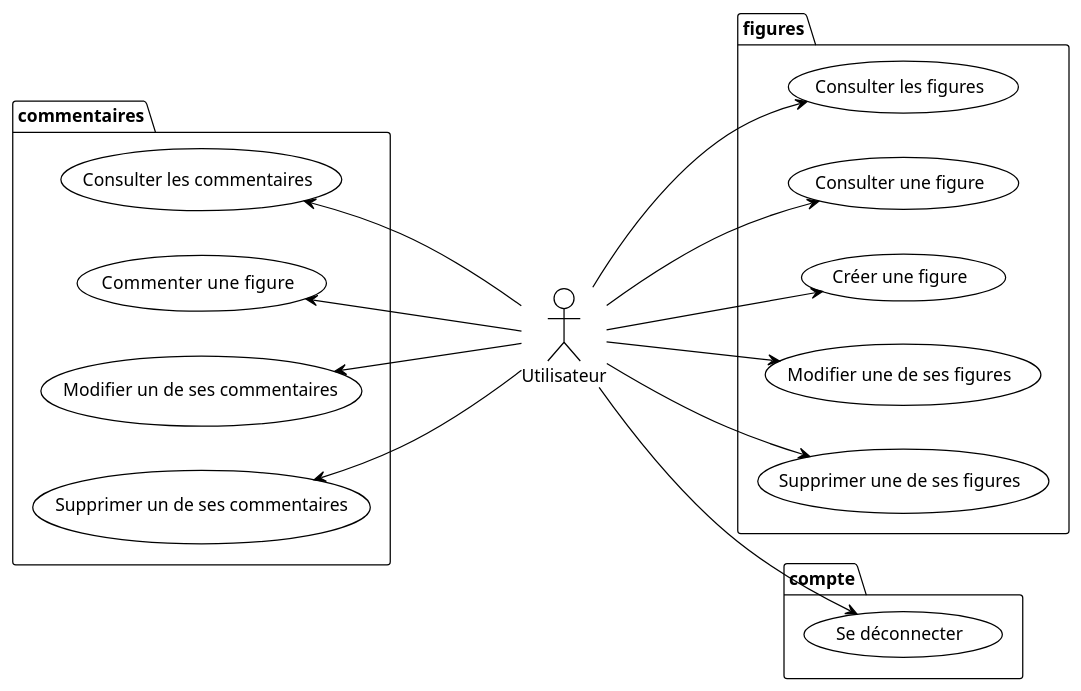
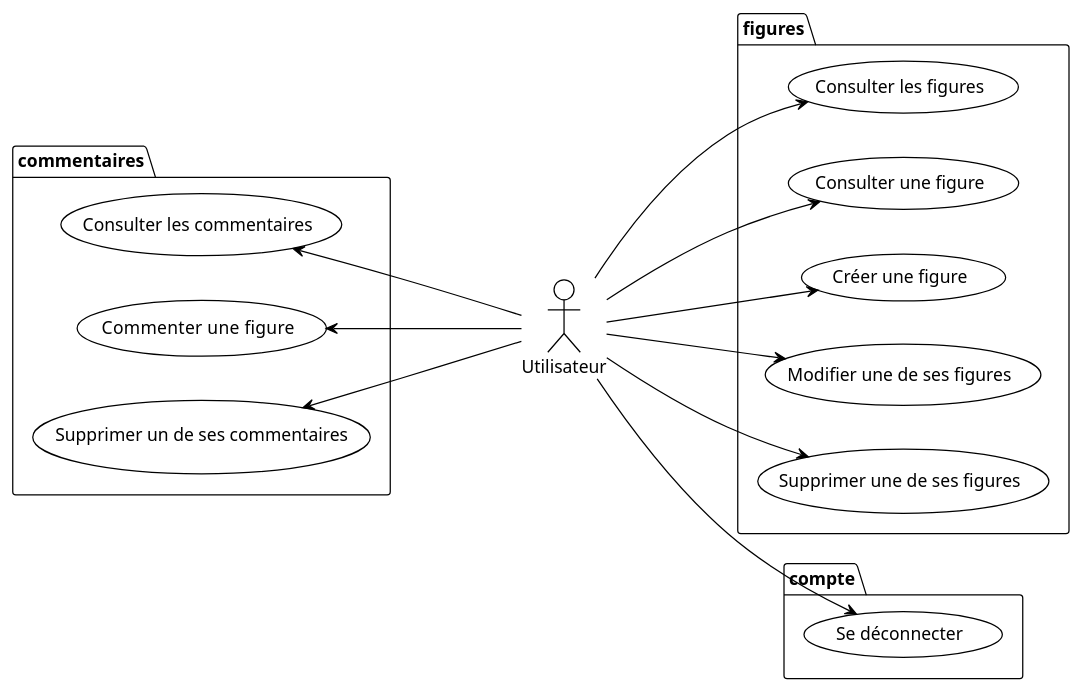
The diagram in diagrammes/puml/Usecases/usecase-user.plantuml (davy-beauzil/p6-snowtricks), drawn with PlantUML before and after one commit. The commit also changed 27 other files, not shown here.

Commit message:
feat(diagrams): fix diagrams and conversion to PNG

```diff
--- a/diagrammes/puml/Usecases/usecase-user.plantuml
+++ b/diagrammes/puml/Usecases/usecase-user.plantuml
@@ -1,28 +1,27 @@
 @startuml
 
 !theme plain
 left to right direction
 
 :Utilisateur:
 
 package figures {
     Utilisateur ---> (Consulter les figures)
     Utilisateur ---> (Consulter une figure)
     Utilisateur ---> (Créer une figure)
     Utilisateur ---> (Modifier une de ses figures)
     Utilisateur ---> (Supprimer une de ses figures)
 }
 
 package commentaires {
     (Consulter les commentaires) <--- Utilisateur
     (Commenter une  figure) <--- Utilisateur
-    (Modifier un de ses commentaires) <--- Utilisateur
     (Supprimer un de ses commentaires) <--- Utilisateur
 }
 
 package compte {
      Utilisateur ---> (Se déconnecter)
 }
 
 
 @enduml
```
